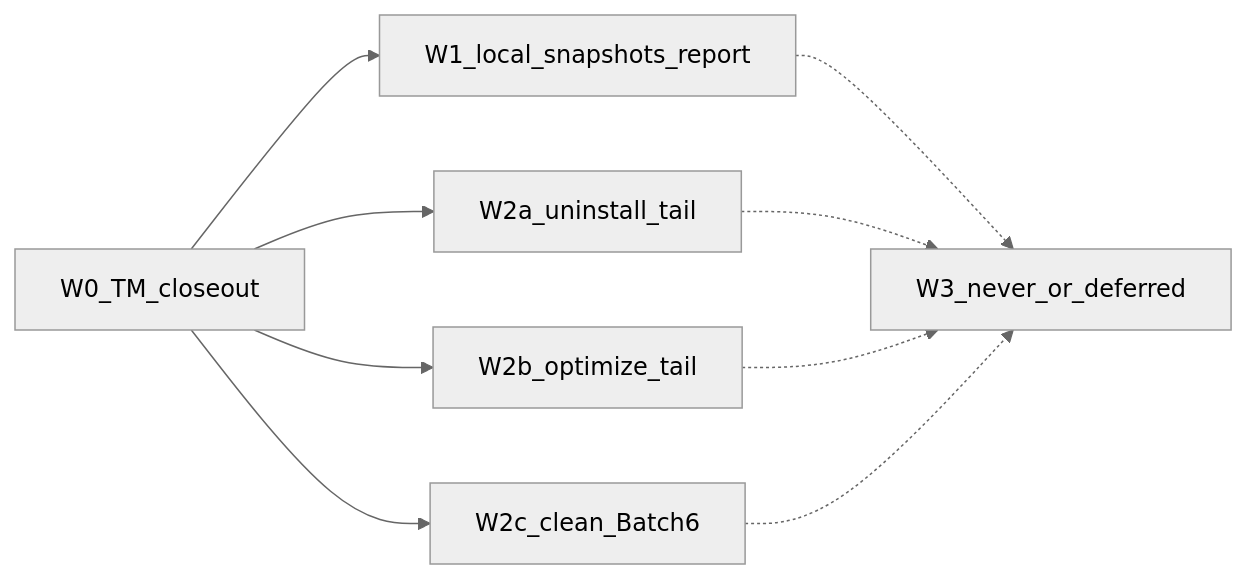
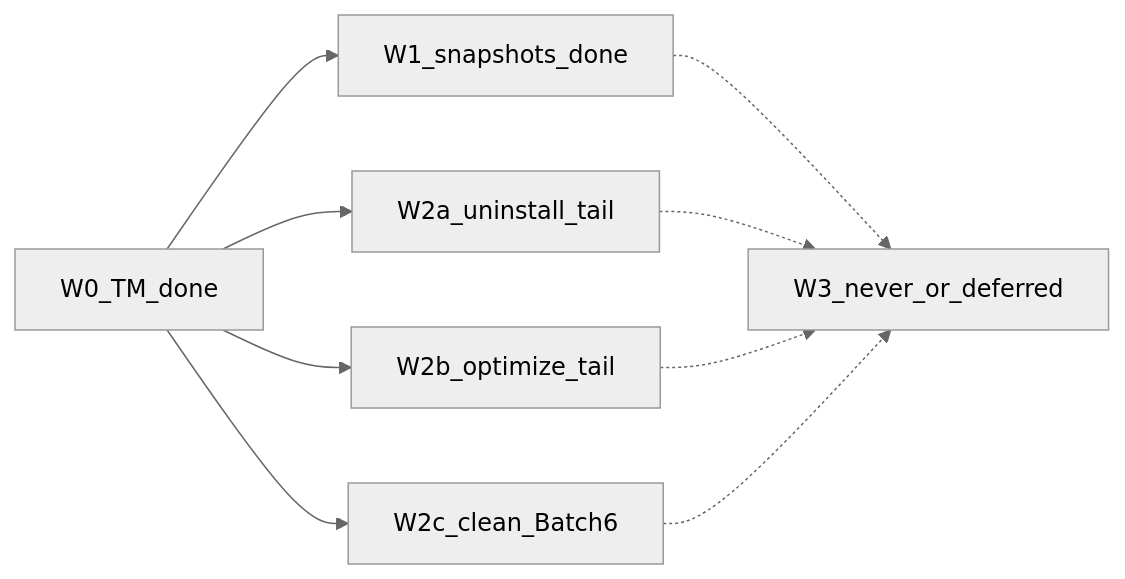
Before and after one commit to wukongnotnull/vole: the diagram in docs/wukong-code/specs/2026-08-08-0119-mole-parity-roadmap-design.md, drawn with Mermaid (neutral theme). The commit also changed other lines of this file and 1 other file, not shown here.

````diff
--- a/docs/wukong-code/specs/2026-08-08-0119-mole-parity-roadmap-design.md
+++ b/docs/wukong-code/specs/2026-08-08-0119-mole-parity-roadmap-design.md
@@ -16,17 +16,17 @@
 ```mermaid
 flowchart LR
-  W0[W0_TM_closeout]
-  W1[W1_local_snapshots_report]
+  W0[W0_TM_done]
+  W1[W1_snapshots_done]
   W2a[W2a_uninstall_tail]
   W2b[W2b_optimize_tail]
   W2c[W2c_clean_Batch6]
   W3[W3_never_or_deferred]
   W0 --> W1
   W0 --> W2a
   W0 --> W2b
   W0 --> W2c
   W1 -.-> W3
   W2a -.-> W3
   W2b -.-> W3
   W2c -.-> W3
 ```
````
